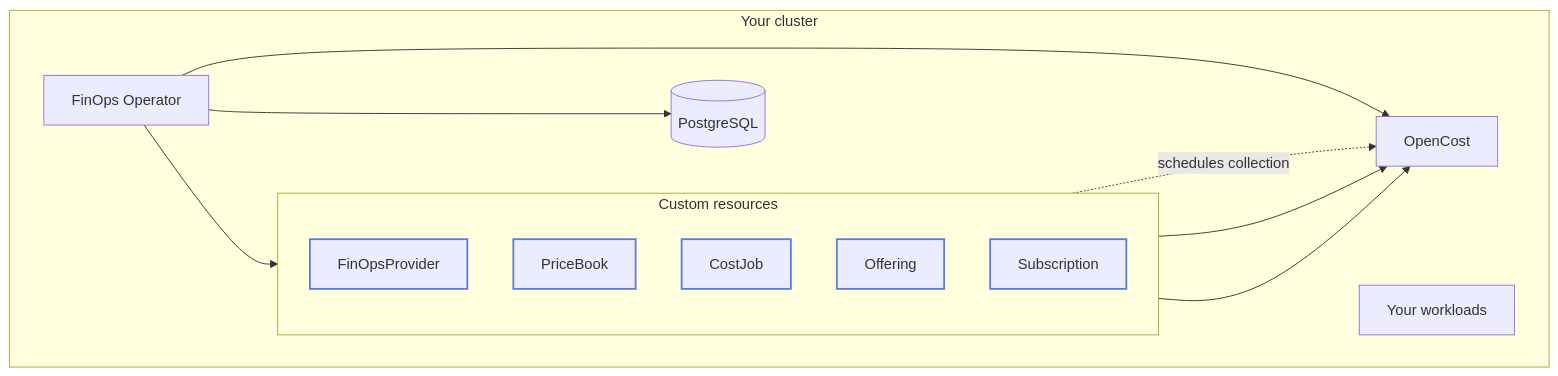
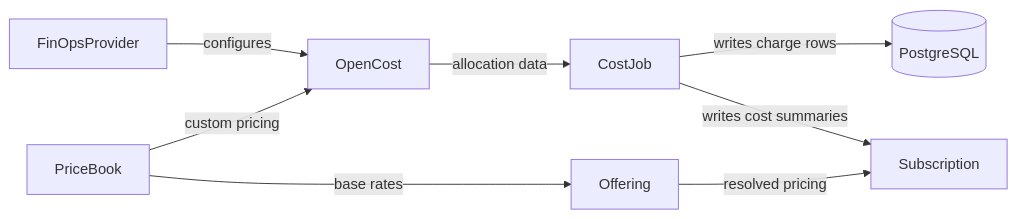
Before and after one commit to stakater/finops-docs: the diagram in content/index.md, drawn with Mermaid. The commit also changed other lines of this file and 56 other files, not shown here.

````diff
--- a/content/index.md
+++ b/content/index.md
@@ -16,27 +23,10 @@
 ```mermaid
 flowchart LR
-    subgraph cluster[Your cluster]
-        direction LR
-        Ops["FinOps Operator"]
-        subgraph crds[Custom resources]
-            direction TB
-            FP[FinOpsProvider]
-            PB[PriceBook]
-            CJ[CostJob]
-            Off[Offering]
-            Sub[Subscription]
-        end
-        OC[OpenCost]
-        PG[(PostgreSQL)]
-        Work[Your workloads]
-    end
-
-    Ops --> crds
-    Ops --> OC
-    Ops --> PG
-    CJ -. schedules collection .-> OC
-    PB --> OC
-    FP --> OC
-    classDef crdStyle stroke:#5b7fd6,stroke-width:2px;
-    class FP,PB,CJ,Off,Sub crdStyle;
+    FP[FinOpsProvider] -->|configures| OC[OpenCost]
+    PB[PriceBook] -->|custom pricing| OC
+    PB -->|base rates| Off[Offering]
+    Off -->|resolved pricing| Sub[Subscription]
+    OC -->|allocation data| CJ[CostJob]
+    CJ -->|writes charge rows| DB[(PostgreSQL)]
+    CJ -->|writes cost summaries| Sub
 ```
````
